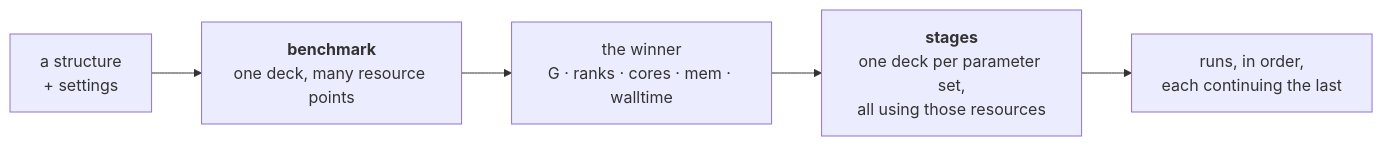
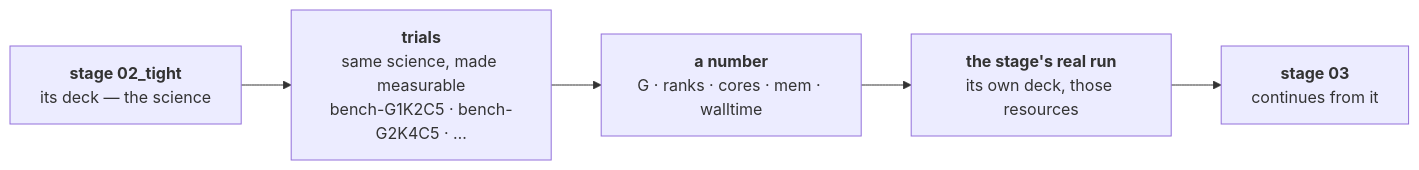
The diagram in docs/execution/project-layout.md (Qing-LAB/molbuilder), drawn with Mermaid before and after one commit. The commit also changed other lines of this file and 2 other files, not shown here.

First line of the commit message:
docs: the benchmark nests inside a stage, and a stage carries a sequence number

````diff
--- a/docs/execution/project-layout.md
+++ b/docs/execution/project-layout.md
@@ -132,7 +170,7 @@
 ```mermaid
 flowchart LR
-    S["a structure<br/>+ settings"] --> B["<b>benchmark</b><br/>one deck, many resource points"]
-    B --> W["the winner<br/>G · ranks · cores · mem · walltime"]
-    W --> D["<b>stages</b><br/>one deck per parameter set,<br/>all using those resources"]
-    D --> R["runs, in order,<br/>each continuing the last"]
+    D["<b>stage 02_tight</b><br/>its deck — the science"] --> T["<b>trials</b><br/>same science, made measurable<br/>bench-G1K2C5 · bench-G2K4C5 · …"]
+    T --> W["<b>a number</b><br/>G · ranks · cores · mem · walltime"]
+    W --> R["<b>the stage's real run</b><br/>its own deck, those resources"]
+    R --> N["<b>stage 03</b><br/>continues from it"]
 ```
````
